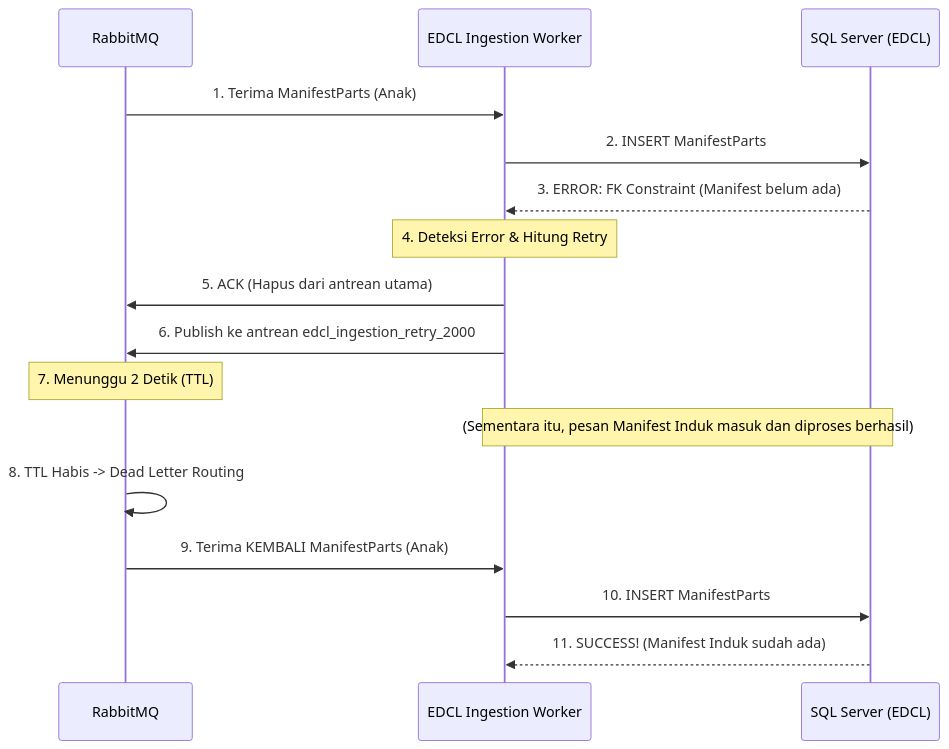
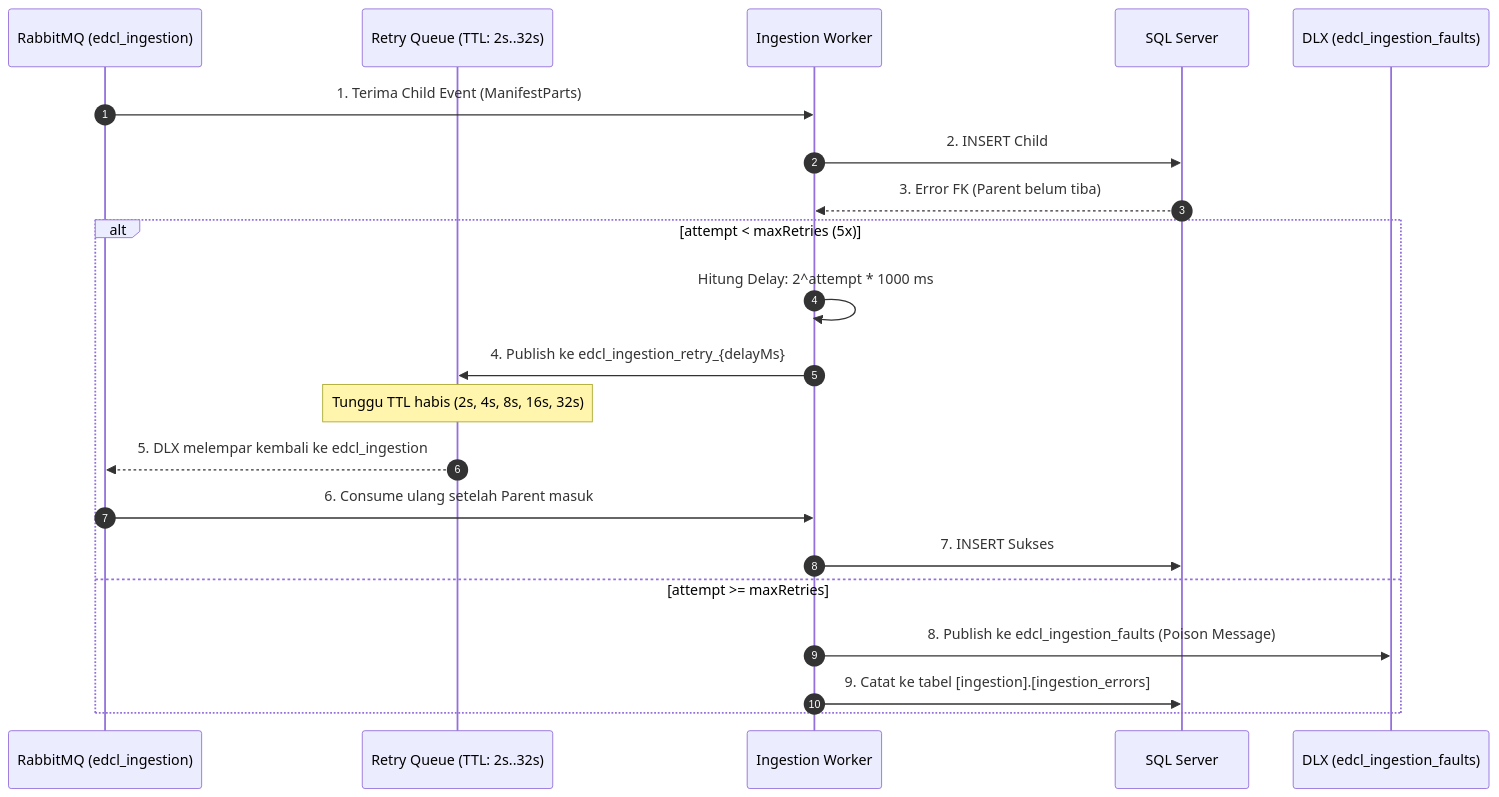
Before and after one commit to odealidj/minione-edcl-net: the diagram in docs/architecture/event-driven-backoff-dlx.md, drawn with Mermaid. The commit also changed other lines of this file and 21 other files, not shown here.

````diff
--- a/docs/architecture/event-driven-backoff-dlx.md
+++ b/docs/architecture/event-driven-backoff-dlx.md
@@ -51,24 +9,25 @@
 ```mermaid
 sequenceDiagram
-    participant RMQ as RabbitMQ
-    participant Worker as EDCL Ingestion Worker
-    participant DB as SQL Server (EDCL)
+    autonumber
+    participant RMQ as RabbitMQ (edcl_ingestion)
+    participant RetryQ as Retry Queue (TTL: 2s..32s)
+    participant Worker as Ingestion Worker
+    participant DB as SQL Server
+    participant DLQ as DLX (edcl_ingestion_faults)
 
-    RMQ->>Worker: 1. Terima ManifestParts (Anak)
-    Worker->>DB: 2. INSERT ManifestParts
-    DB-->>Worker: 3. ERROR: FK Constraint (Manifest belum ada)
+    RMQ->>Worker: 1. Terima Child Event (ManifestParts)
+    Worker->>DB: 2. INSERT Child
+    DB-->>Worker: 3. Error FK (Parent belum tiba)
     
-    Note over Worker: 4. Deteksi Error & Hitung Retry
-    
-    Worker->>RMQ: 5. ACK (Hapus dari antrean utama)
-    Worker->>RMQ: 6. Publish ke antrean edcl_ingestion_retry_2000
-    
-    Note over RMQ: 7. Menunggu 2 Detik (TTL)
-    Note over Worker,DB: (Sementara itu, pesan Manifest Induk masuk dan diproses berhasil)
-    
-    RMQ->>RMQ: 8. TTL Habis -> Dead Letter Routing
-    RMQ->>Worker: 9. Terima KEMBALI ManifestParts (Anak)
-    
-    Worker->>DB: 10. INSERT ManifestParts
-    DB-->>Worker: 11. SUCCESS! (Manifest Induk sudah ada)
+    alt attempt < maxRetries (5x)
+        Worker->>Worker: Hitung Delay: 2^attempt * 1000 ms
+        Worker->>RetryQ: 4. Publish ke edcl_ingestion_retry_{delayMs}
+        Note over RetryQ: Tunggu TTL habis (2s, 4s, 8s, 16s, 32s)
+        RetryQ-->>RMQ: 5. DLX melempar kembali ke edcl_ingestion
+        RMQ->>Worker: 6. Consume ulang setelah Parent masuk
+        Worker->>DB: 7. INSERT Sukses
+    else attempt >= maxRetries
+        Worker->>DLQ: 8. Publish ke edcl_ingestion_faults (Poison Message)
+        Worker->>DB: 9. Catat ke tabel [ingestion].[ingestion_errors]
+    end
 ```
````
